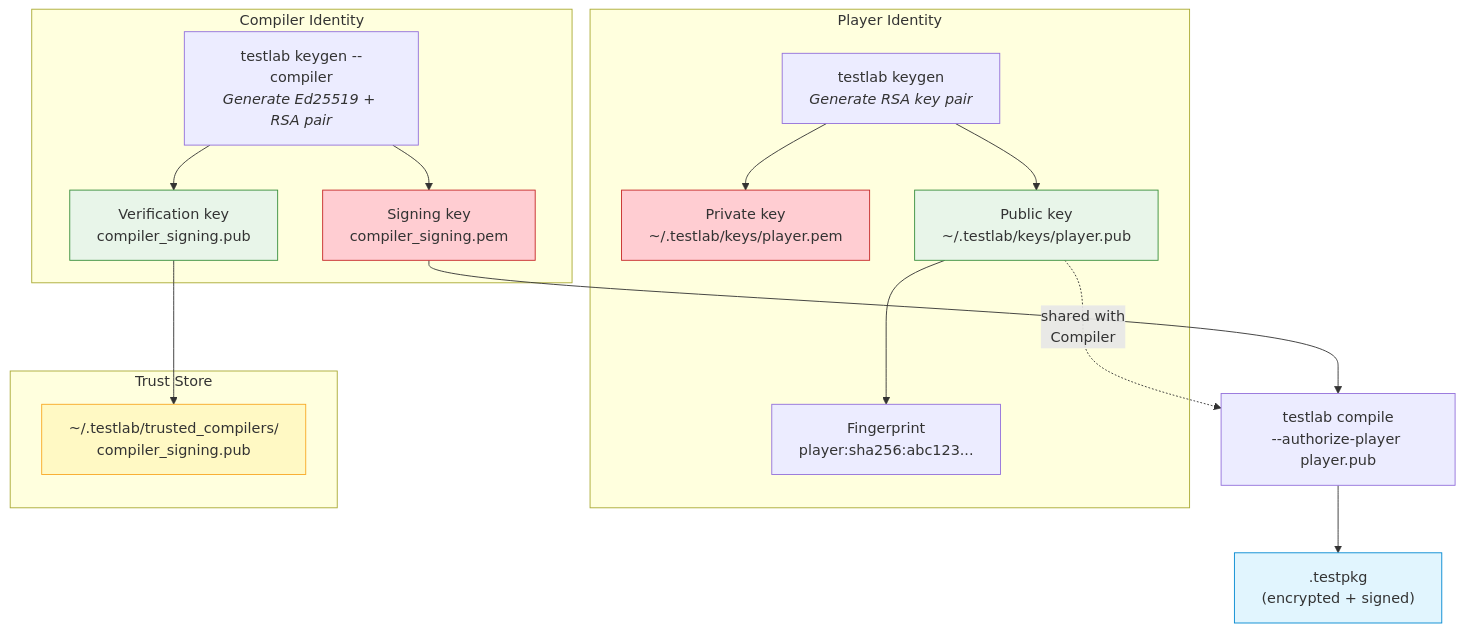
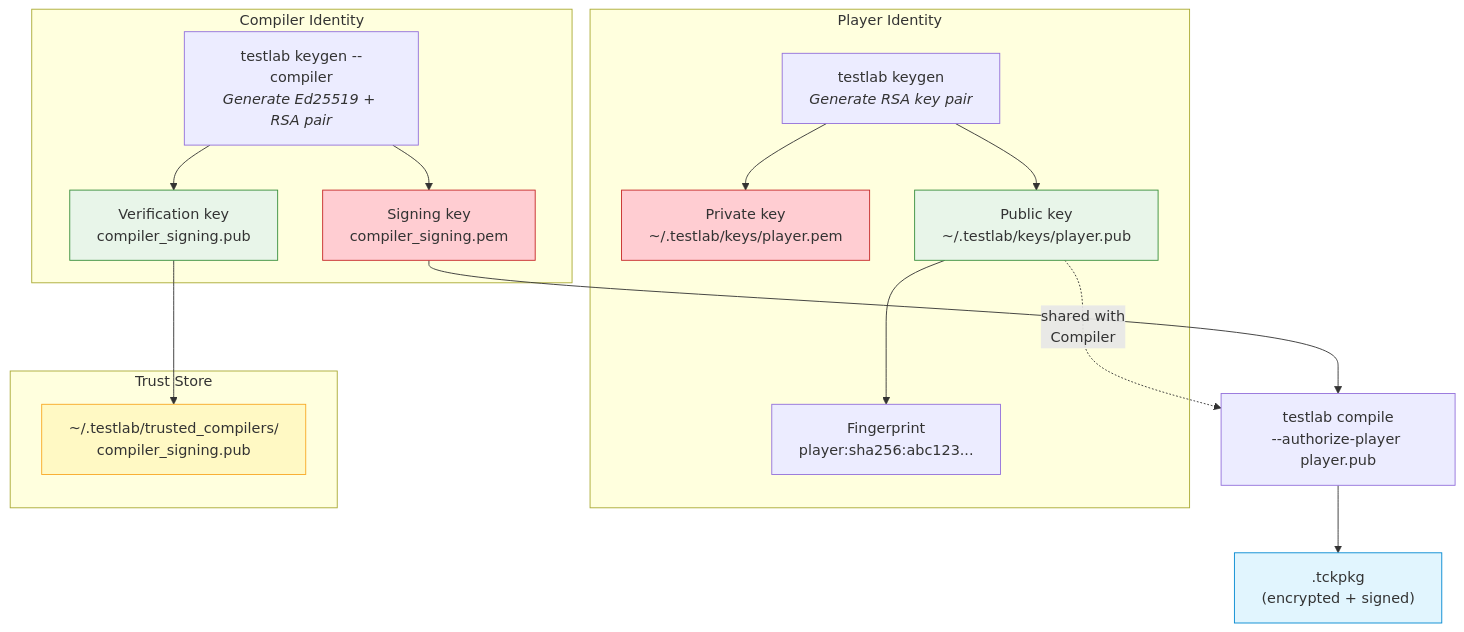
Diagram 12 of 15 in docs/specification/specification/concepts.md (tudorfrincu1/tractusx-testlab), drawn with Mermaid before and after one commit. The commit also changed other lines of this file and 144 other files, not shown here.

````diff
--- a/docs/specification/specification/concepts.md
+++ b/docs/specification/specification/concepts.md
@@ -484,28 +484,28 @@
 ```mermaid
 graph TD
     subgraph "Player Identity"
         KEYGEN["testlab keygen<br/><i>Generate RSA key pair</i>"] --> PRIV["Private key<br/>~/.testlab/keys/player.pem"]
         KEYGEN --> PUB["Public key<br/>~/.testlab/keys/player.pub"]
         PUB --> FP["Fingerprint<br/>player:sha256:abc123..."]
     end
 
     subgraph "Compiler Identity"
         CKEYGEN["testlab keygen --compiler<br/><i>Generate Ed25519 + RSA pair</i>"] --> CPRIV["Signing key<br/>compiler_signing.pem"]
         CKEYGEN --> CPUB["Verification key<br/>compiler_signing.pub"]
     end
 
     subgraph "Trust Store"
         CPUB --> TS["~/.testlab/trusted_compilers/<br/>compiler_signing.pub"]
     end
 
     PUB -. "shared with<br/>Compiler" .-> COMPILE["testlab compile<br/>--authorize-player player.pub"]
     CPRIV --> COMPILE
-    COMPILE --> TESTPKG[".testpkg<br/>(encrypted + signed)"]
+    COMPILE --> TESTPKG[".tckpkg<br/>(encrypted + signed)"]
 
     style PRIV fill:#ffcdd2,stroke:#c62828
     style CPRIV fill:#ffcdd2,stroke:#c62828
     style PUB fill:#e8f5e9,stroke:#388e3c
     style CPUB fill:#e8f5e9,stroke:#388e3c
     style TESTPKG fill:#e1f5fe,stroke:#0288d1
     style TS fill:#fff9c4,stroke:#f9a825
 ```
````
